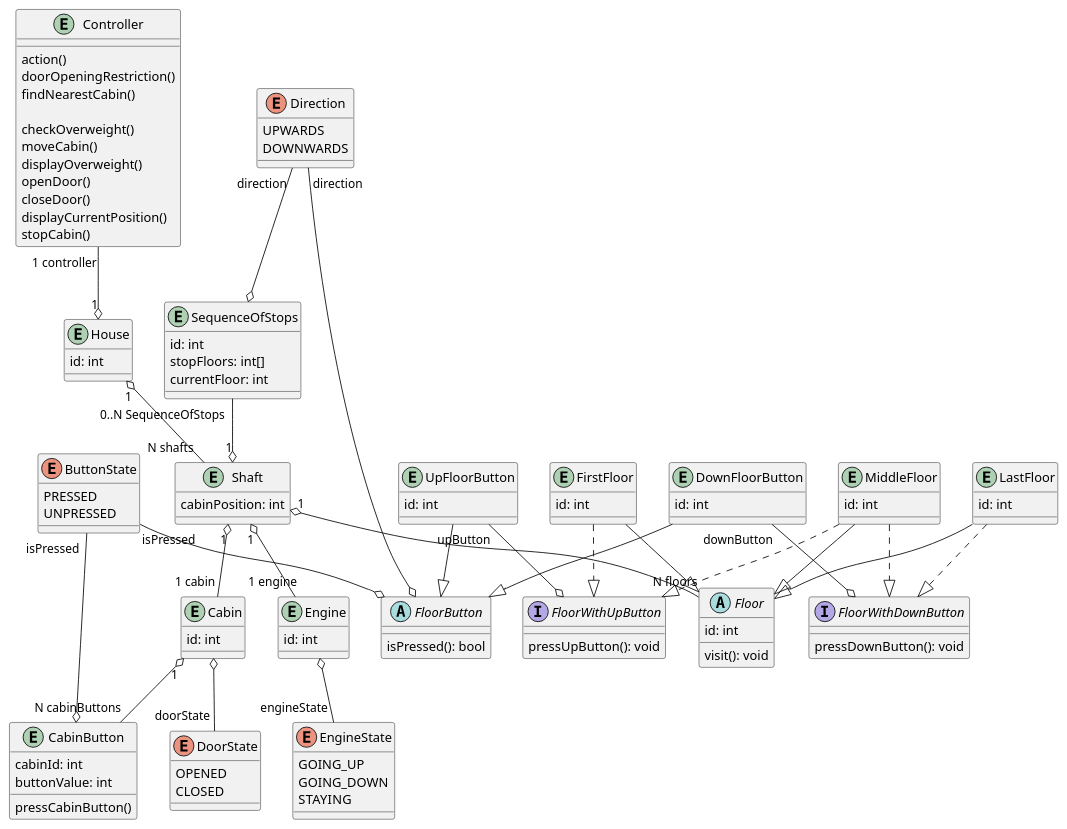
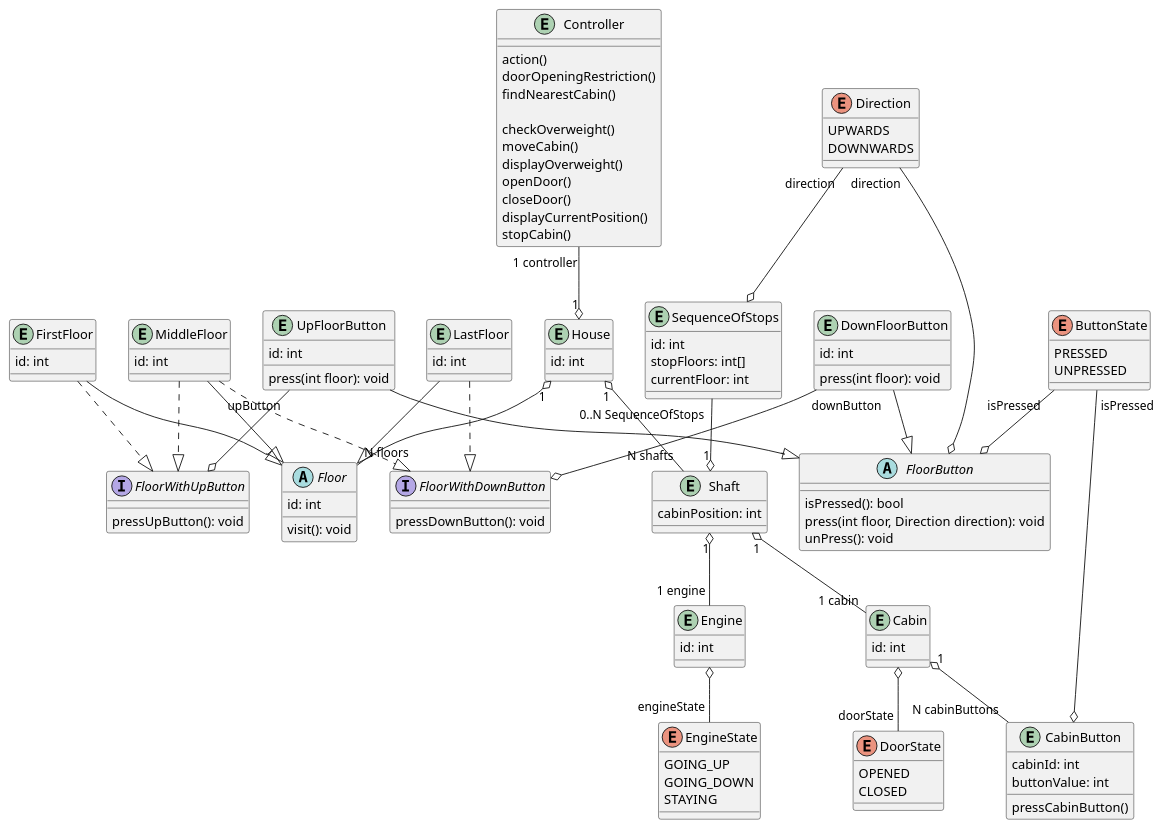
The diagram in src/documentation/bomDiagram/BomElevator.puml (WhiteSnakeE/ElevatorDriver), drawn with PlantUML before and after one commit.

Commit message:
change FloorButton`s

```diff
--- a/src/documentation/bomDiagram/BomElevator.puml
+++ b/src/documentation/bomDiagram/BomElevator.puml
@@ -1,144 +1,150 @@
 @startuml
 entity "Controller"{
 
 action()
 doorOpeningRestriction()
 findNearestCabin()
 
 checkOverweight()
 moveCabin()
 displayOverweight()
 openDoor()
 closeDoor()
 displayCurrentPosition()
 stopCabin()
 }
 
 enum DoorState{
 OPENED
 CLOSED
 }
 
 entity Cabin{
 id: int
 }
 
 entity SequenceOfStops {
 id: int
 stopFloors: int[]
 currentFloor: int
 }
 
 Direction "direction" --o SequenceOfStops
 
 
 enum EngineState{
 GOING_UP
 GOING_DOWN
 STAYING
 }
 
 enum Direction{
 UPWARDS
 DOWNWARDS
 }
 
 enum ButtonState{
 PRESSED
 UNPRESSED
 }
 
 entity "CabinButton"{
 cabinId: int
 buttonValue: int
 
 pressCabinButton()
 }
 
 
 abstract "FloorButton"{
   isPressed(): bool
+  press(int floor, Direction direction): void
+  unPress(): void
 }
 
 entity "UpFloorButton" {
   id: int
+
+  press(int floor): void
 }
 
 entity "DownFloorButton" {
  id: int
+
+ press(int floor): void
 }
 
 "UpFloorButton" --|> "FloorButton"
 "DownFloorButton" --|> "FloorButton"
 
 abstract Floor{
   id: int
   visit(): void
 }
 
 interface FloorWithUpButton {
   pressUpButton(): void
 }
 
 "UpFloorButton" "upButton" --o FloorWithUpButton
 
 interface FloorWithDownButton {
  pressDownButton(): void
 }
 
 "DownFloorButton" "downButton" --o FloorWithDownButton
 
 entity FirstFloor {
   id: int
 }
 
 FirstFloor --|> Floor
 FirstFloor ..|> FloorWithUpButton
 
 entity LastFloor {
   id: int
 }
 
 LastFloor --|> Floor
 LastFloor ..|> FloorWithDownButton
 
 entity MiddleFloor {
   id: int
 }
 
 MiddleFloor --|> Floor
 MiddleFloor ..|> FloorWithUpButton
 MiddleFloor ..|> FloorWithDownButton
 
 Direction "direction" --o "FloorButton"
 
 Cabin "1" o-- "N cabinButtons" "CabinButton"
 ButtonState "isPressed " --o "FloorButton"
 ButtonState "isPressed " --o "CabinButton"
 
 entity Engine {
   id: int
 }
 
 Engine o-- "engineState" EngineState
 
 entity Shaft {
   cabinPosition: int
 }
 
 Shaft "1" o-- "1 engine" Engine
 
 entity House {
   id: int
 }
 
-Shaft "1" o-- "N floors" Floor
+House "1" o-- "N floors" Floor
 House "1" o-- "N shafts" Shaft
 
 Controller "1 controller" --o "1" House
 Shaft "1" o-- "1 cabin" Cabin
 
 Cabin o-- "doorState" DoorState
 
 SequenceOfStops "0..N SequenceOfStops" --o "1" Shaft
 @enduml
```
